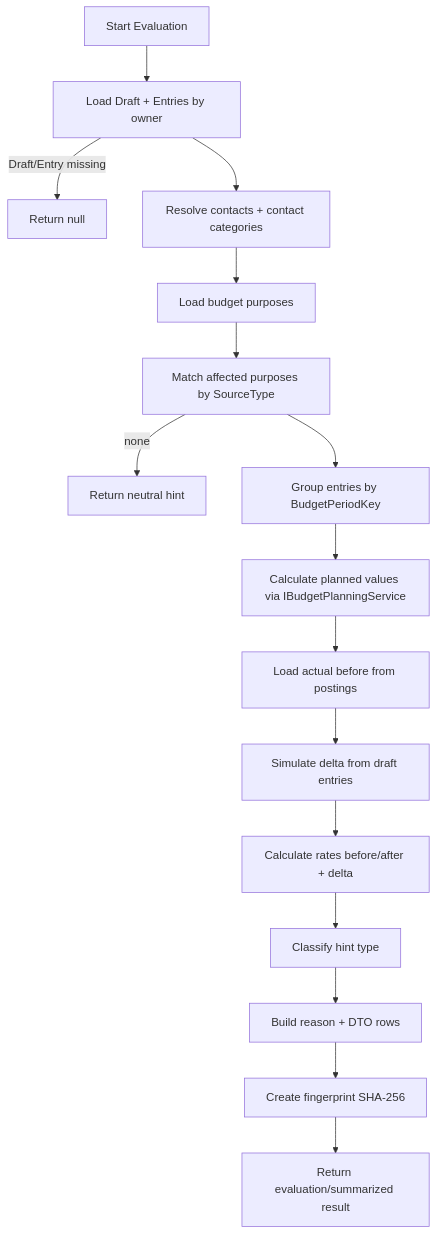
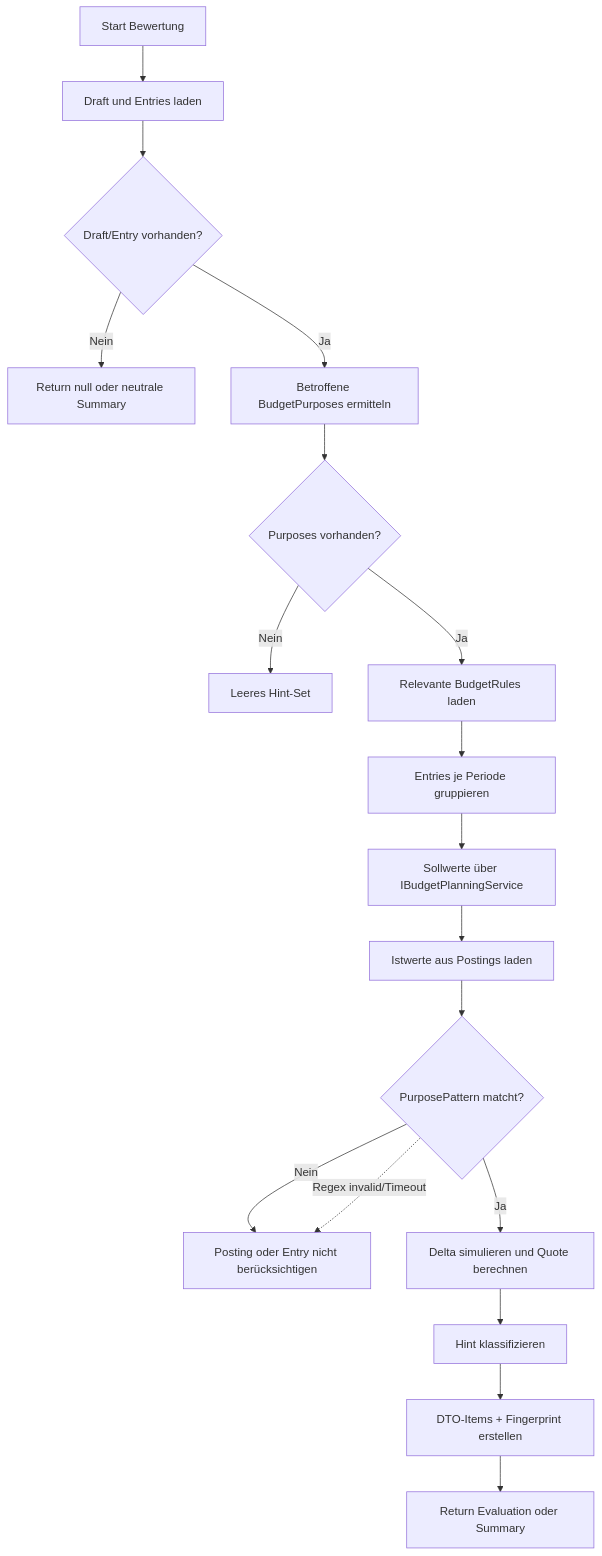
Before and after one commit to martin-stromberg/FinanceManager: the diagram in Docs/flows/budget-impact-evaluation.md, drawn with Mermaid. The commit also changed other lines of this file and 49 other files, not shown here.

````diff
--- a/Docs/flows/budget-impact-evaluation.md
+++ b/Docs/flows/budget-impact-evaluation.md
@@ -9,18 +9,20 @@
 ```mermaid
 flowchart TD
-  A[Start Evaluation] --> B[Load Draft + Entries by owner]
-  B --> |Draft/Entry missing| C[Return null]
-  B --> D[Resolve contacts + contact categories]
-  D --> E[Load budget purposes]
-  E --> F[Match affected purposes by SourceType]
-  F --> |none| G[Return neutral hint]
-  F --> H[Group entries by BudgetPeriodKey]
-  H --> I[Calculate planned values via IBudgetPlanningService]
-  I --> J[Load actual before from postings]
-  J --> K[Simulate delta from draft entries]
-  K --> L[Calculate rates before/after + delta]
-  L --> M[Classify hint type]
-  M --> N[Build reason + DTO rows]
-  N --> O[Create fingerprint SHA-256]
-  O --> P[Return evaluation/summarized result]
+  A[Start Bewertung] --> B[Draft und Entries laden]
+  B --> C{Draft/Entry vorhanden?}
+  C -- Nein --> R[Return null oder neutrale Summary]
+  C -- Ja --> D[Betroffene BudgetPurposes ermitteln]
+  D --> E{Purposes vorhanden?}
+  E -- Nein --> S[Leeres Hint-Set]
+  E -- Ja --> F[Relevante BudgetRules laden]
+  F --> G[Entries je Periode gruppieren]
+  G --> H[Sollwerte über IBudgetPlanningService]
+  H --> I[Istwerte aus Postings laden]
+  I --> J{PurposePattern matcht?}
+  J -- Nein --> K[Posting oder Entry nicht berücksichtigen]
+  J -- Ja --> L[Delta simulieren und Quote berechnen]
+  L --> M[Hint klassifizieren]
+  M --> N[DTO-Items + Fingerprint erstellen]
+  N --> O[Return Evaluation oder Summary]
+  J -. Regex invalid/Timeout .-> K
 ```
````
